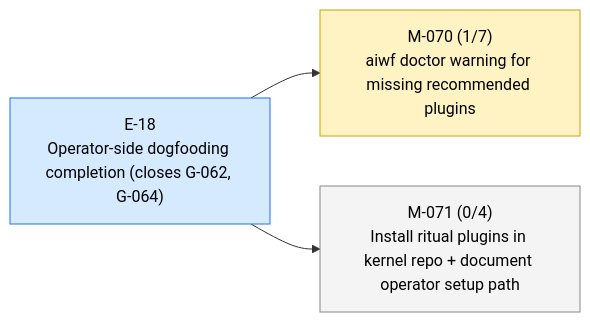
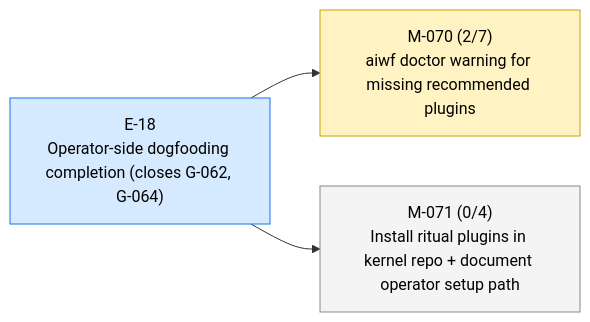
One commit to 23min/aiwf changed the first of 3 diagrams in STATUS.md. Above: the diagram before and after it, drawn with Mermaid. The commit also changed other lines of this file and 1 other file, not shown here.

First line of the commit message:
aiwf promote M-070/AC-2 open -> met

````diff
--- a/STATUS.md
+++ b/STATUS.md
@@ -12,14 +12,14 @@
 ```mermaid
 flowchart LR
   E_18["E-18<br/>Operator-side dogfooding completion (closes G-062, G-064)"]:::epic_active
-  M_070["M-070 (1/7)<br/>aiwf doctor warning for missing recommended plugins"]:::ms_in_progress
+  M_070["M-070 (2/7)<br/>aiwf doctor warning for missing recommended plugins"]:::ms_in_progress
   E_18 --> M_070
   M_071["M-071 (0/4)<br/>Install ritual plugins in kernel repo + document operator setup path"]:::ms_draft
   E_18 --> M_071
   classDef epic_active fill:#d6eaff,stroke:#1a73e8,color:#000
   classDef epic_proposed fill:#f4f4f4,stroke:#888,color:#000
   classDef ms_done fill:#d8f5d8,stroke:#2a8a2a,color:#000
   classDef ms_in_progress fill:#fff3c4,stroke:#caa400,color:#000
   classDef ms_draft fill:#f4f4f4,stroke:#888,color:#000
   classDef ms_cancelled fill:#fbeaea,stroke:#c33,color:#000
 ```
````
